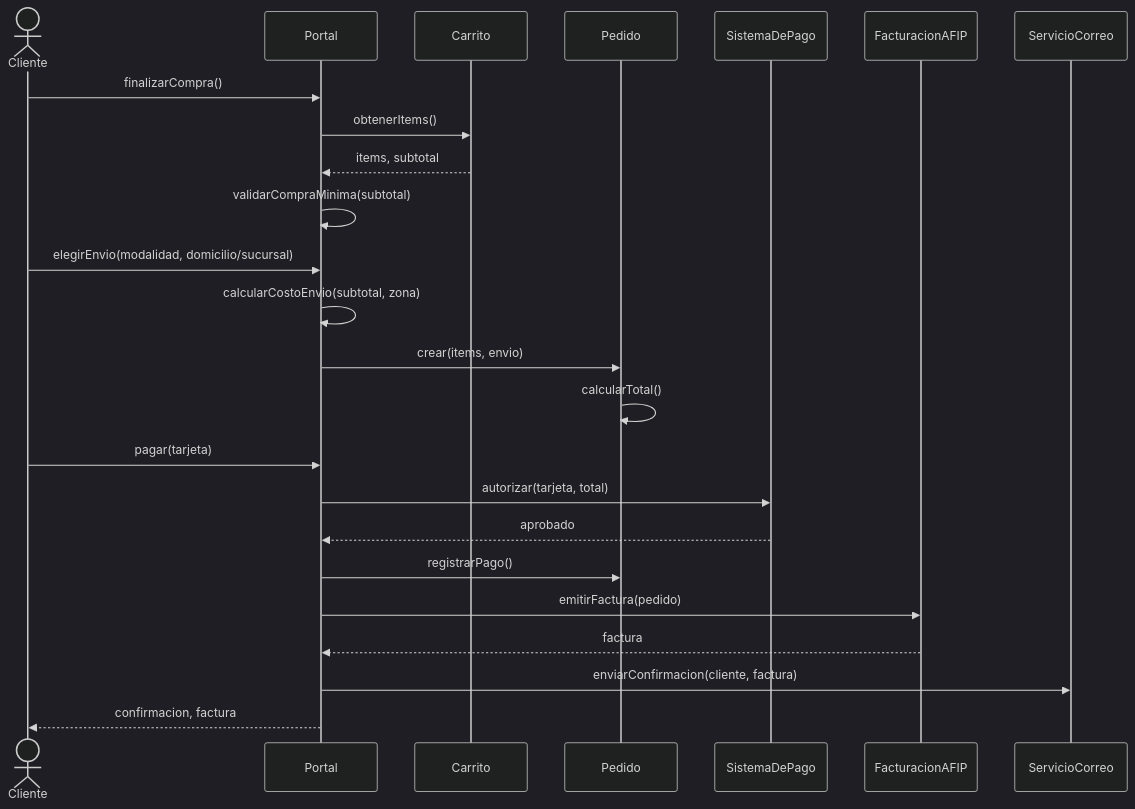
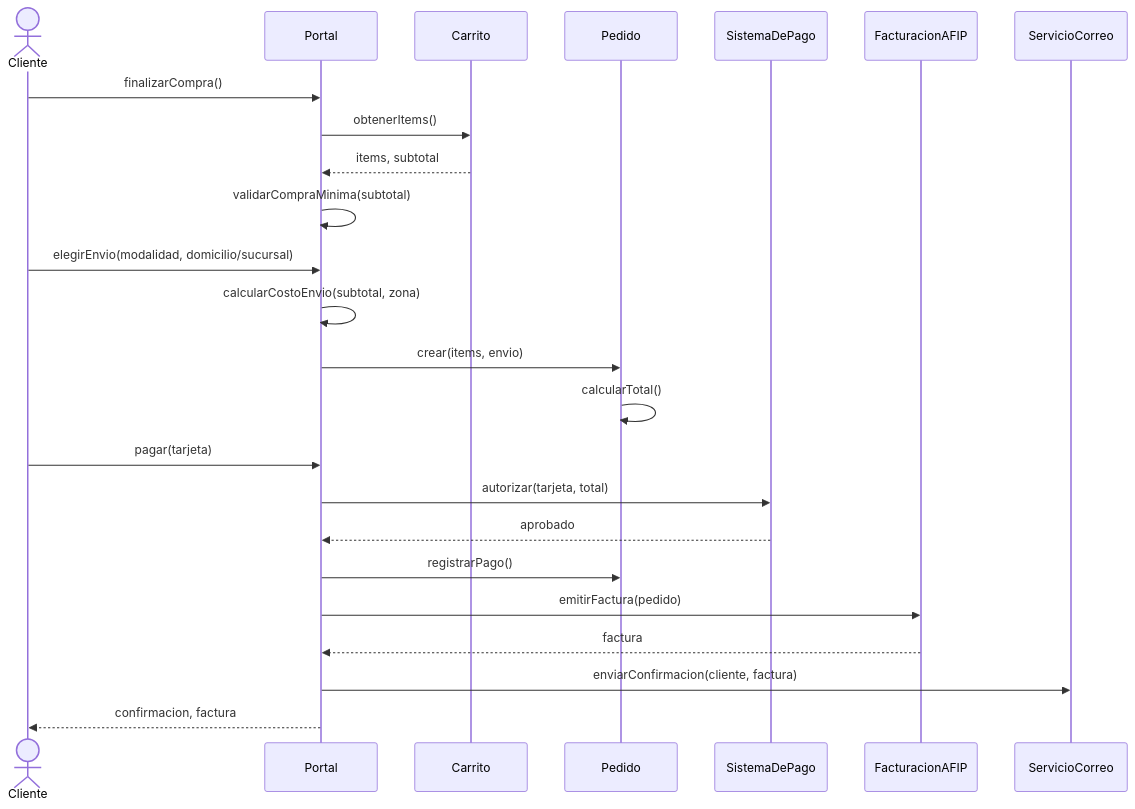
The fifth of 6 diagrams in practicas/practica-1.md (unlam-informatica/diseno-de-software), drawn with Mermaid before and after one commit. The commit also changed other lines of this file and 2 other files, not shown here.

Commit message:
fix mermaid zoomed styles

````diff
--- a/practicas/practica-1.md
+++ b/practicas/practica-1.md
@@ -374,28 +370,27 @@
 ```mermaid
-%%{init: {'theme':'dark'}}%%
 sequenceDiagram
     actor C as Cliente
     participant P as Portal
     participant Ca as Carrito
     participant Pe as Pedido
     participant SP as SistemaDePago
     participant F as FacturacionAFIP
     participant M as ServicioCorreo
 
     C->>P: finalizarCompra()
     P->>Ca: obtenerItems()
     Ca-->>P: items, subtotal
     P->>P: validarCompraMinima(subtotal)
     C->>P: elegirEnvio(modalidad, domicilio/sucursal)
     P->>P: calcularCostoEnvio(subtotal, zona)
     P->>Pe: crear(items, envio)
     Pe->>Pe: calcularTotal()
     C->>P: pagar(tarjeta)
     P->>SP: autorizar(tarjeta, total)
     SP-->>P: aprobado
     P->>Pe: registrarPago()
     P->>F: emitirFactura(pedido)
     F-->>P: factura
     P->>M: enviarConfirmacion(cliente, factura)
     P-->>C: confirmacion, factura
 ```
````
